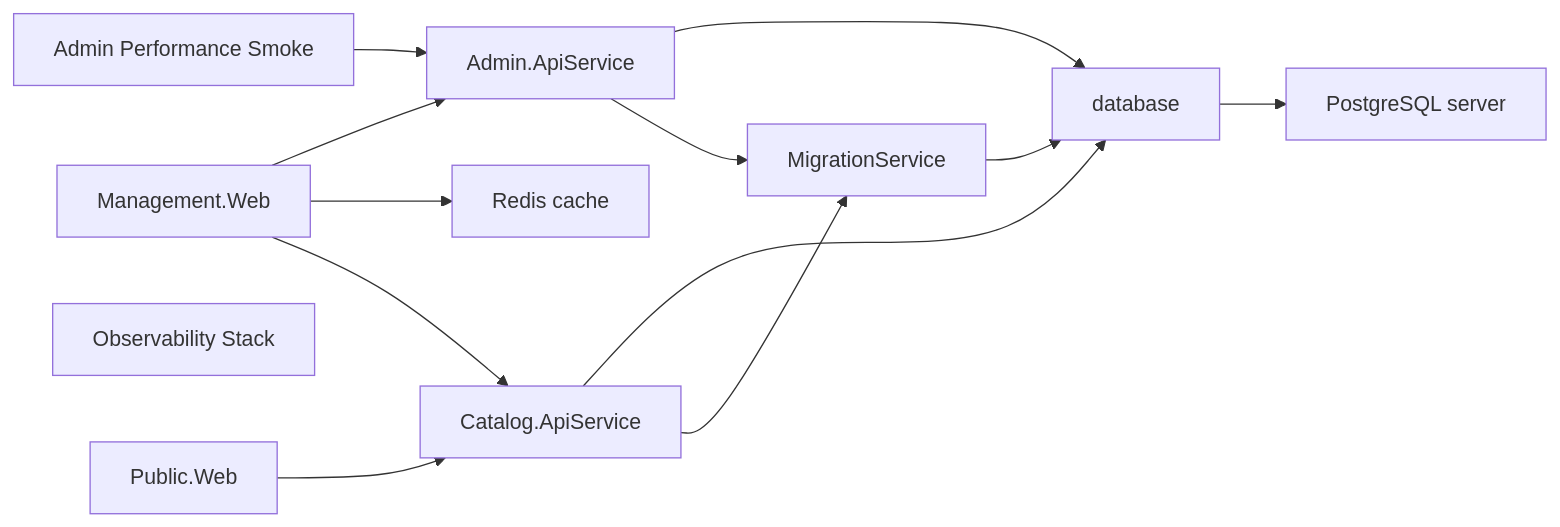
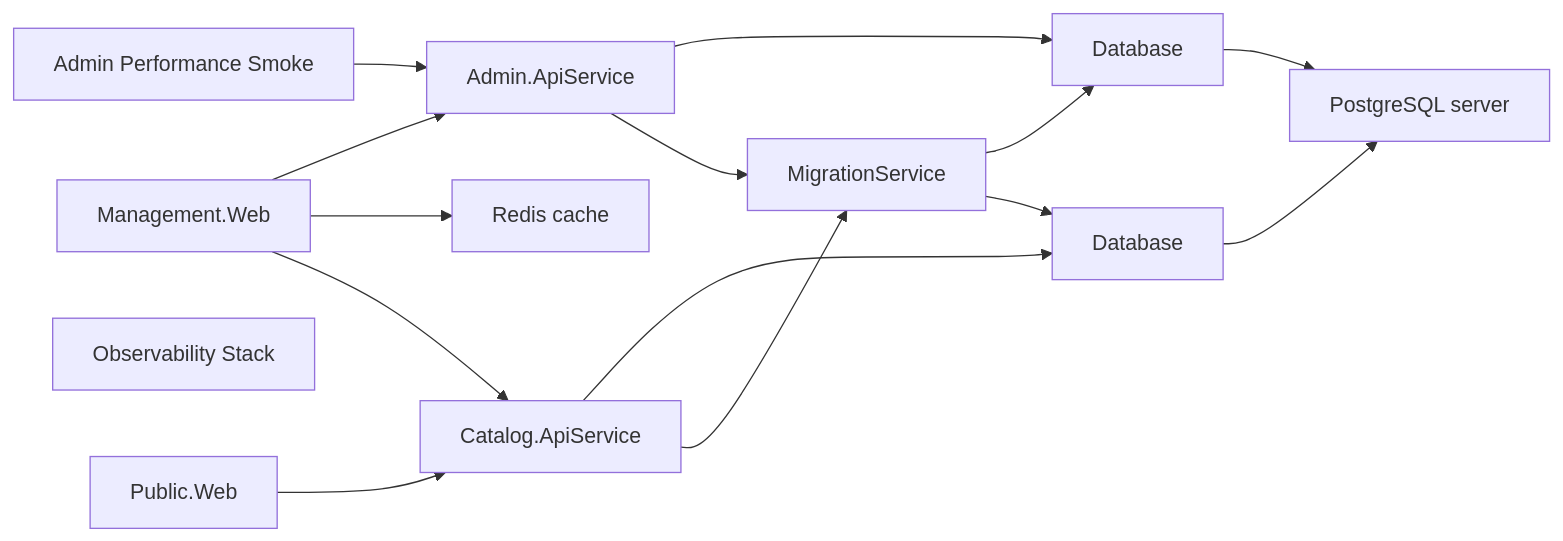
The first of 2 diagrams in docs/architecture/runtime-wiring-and-deployment.md (danigutsch/ViajantesTurismo), drawn with Mermaid before and after one commit. The commit also changed 66 other files, not shown here.

````diff
--- a/docs/architecture/runtime-wiring-and-deployment.md
+++ b/docs/architecture/runtime-wiring-and-deployment.md
@@ -13,24 +13,27 @@
 ```mermaid
 flowchart LR
     AdminPerformanceSmoke[Admin Performance Smoke]
     apiService[Admin.ApiService]
     catalogApiService[Catalog.ApiService]
+    adminDatabase[Database]
+    catalogDatabase[Database]
     ManagementWeb[Management.Web]
     migrationService[MigrationService]
     ObservabilityStack[Observability Stack]
     databaseServer[PostgreSQL server]
     PublicWeb[Public.Web]
     cache[Redis cache]
-    database[database]
     AdminPerformanceSmoke --> apiService
     ManagementWeb --> apiService
     ManagementWeb --> cache
     ManagementWeb --> catalogApiService
     PublicWeb --> catalogApiService
-    apiService --> database
+    adminDatabase --> databaseServer
+    apiService --> adminDatabase
     apiService --> migrationService
-    catalogApiService --> database
+    catalogApiService --> catalogDatabase
     catalogApiService --> migrationService
-    database --> databaseServer
-    migrationService --> database
+    catalogDatabase --> databaseServer
+    migrationService --> adminDatabase
+    migrationService --> catalogDatabase
 ```
````
